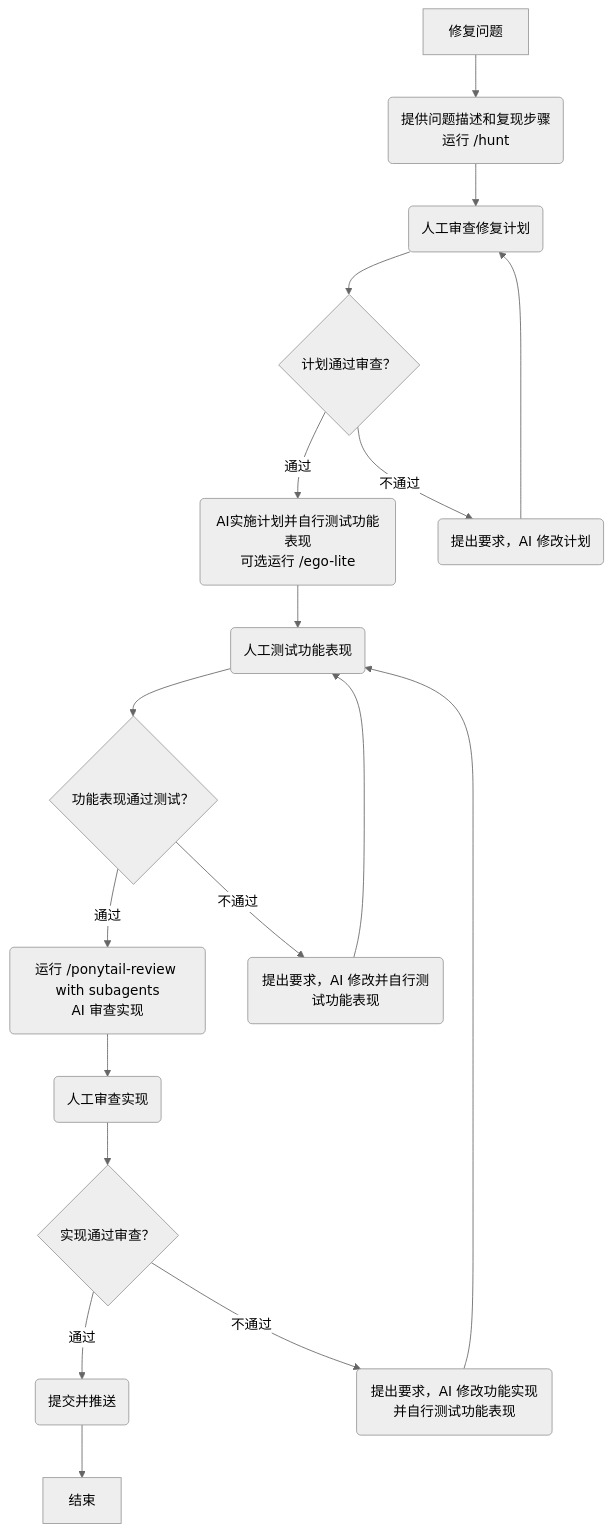
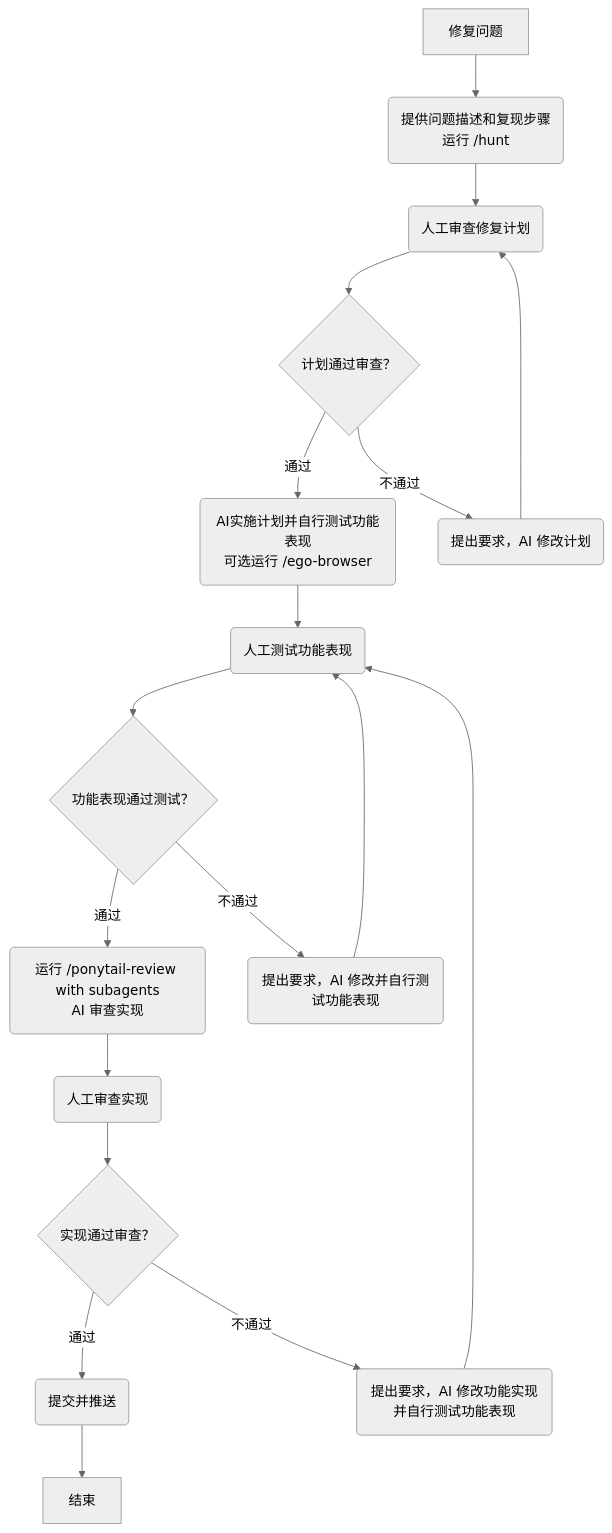
The second of 3 diagrams in README.zh-CN.md (ModyQyW/ai), drawn with Mermaid (neutral theme) before and after one commit. The commit also changed other lines of this file and 1 other file, not shown here.

````diff
--- a/README.zh-CN.md
+++ b/README.zh-CN.md
@@ -135,20 +135,20 @@
 ```mermaid
 flowchart TD
    A[修复问题] --> B(提供问题描述和复现步骤\n运行 /hunt)
    B --> C(人工审查修复计划)
    C --> D{计划通过审查？}
-   D -->|通过| E(AI实施计划并自行测试功能表现\n可选运行 /ego-lite)
+   D -->|通过| E(AI实施计划并自行测试功能表现\n可选运行 /ego-browser)
    D -->|不通过| F(提出要求，AI 修改计划)
    F --> C
    E --> G(人工测试功能表现)
    G --> H{功能表现通过测试？}
    H -->|通过| I(运行 /ponytail-review with subagents\nAI 审查实现)
    H -->|不通过| J(提出要求，AI 修改并自行测试功能表现)
    J --> G
    I --> K(人工审查实现)
    K --> L{实现通过审查？}
    L -->|通过| M(提交并推送)
    L -->|不通过| N(提出要求，AI 修改功能实现并自行测试功能表现)
    N --> G
    M --> O[结束]
 ```
````
